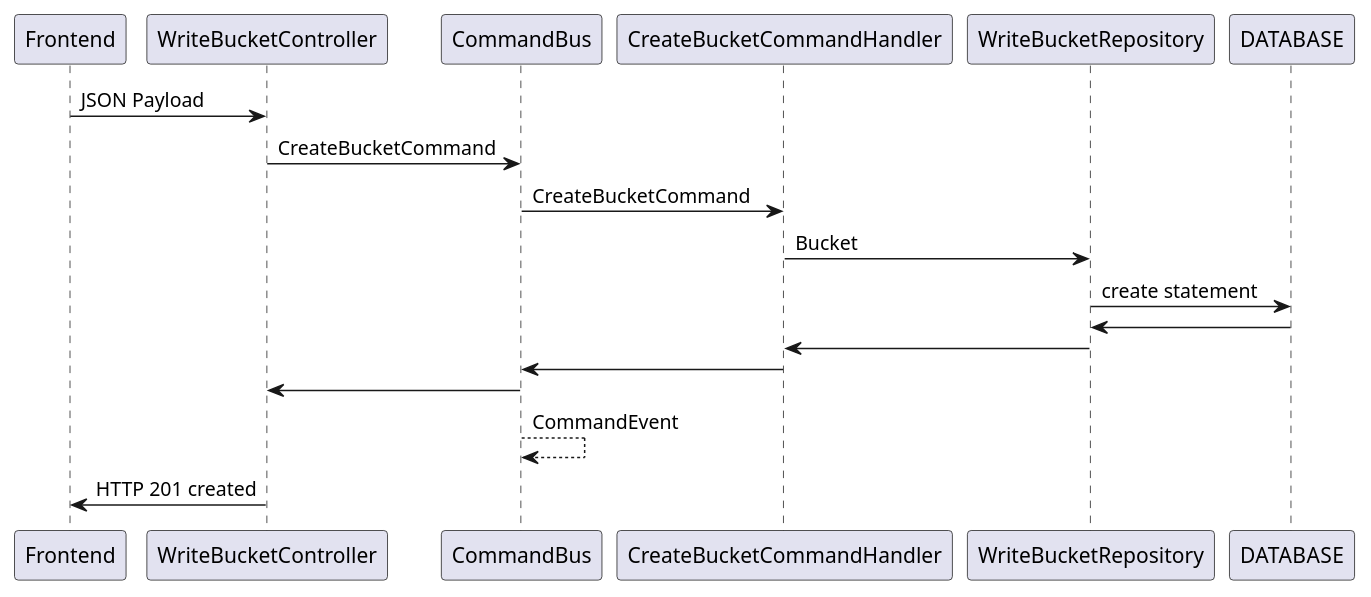
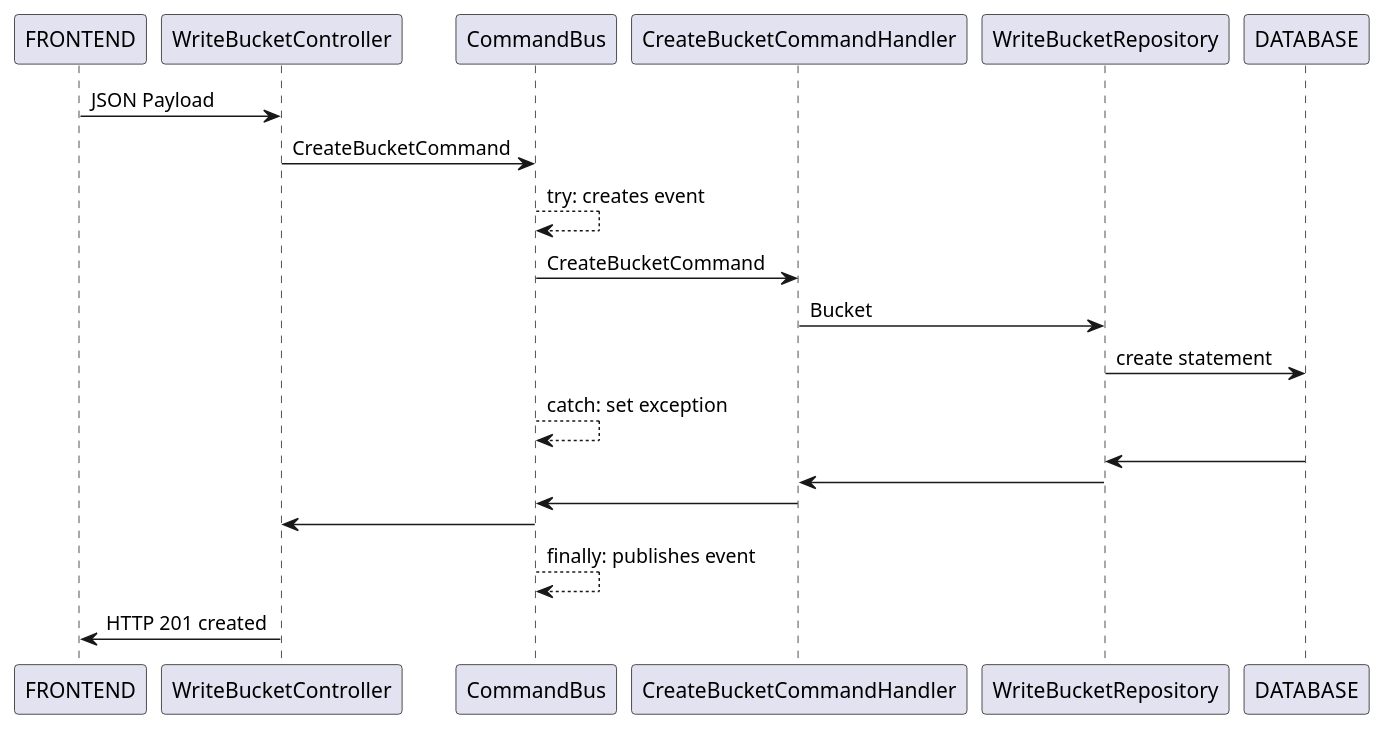
The diagram in 01-write-create-bucket-seq.puml (mariorez/kanban-board), drawn with PlantUML before and after one commit.

Commit message:
update sequencial diagram

```diff
--- a/01-write-create-bucket-seq.puml
+++ b/01-write-create-bucket-seq.puml
@@ -1,13 +1,15 @@
 @startuml
-Frontend -> WriteBucketController: JSON Payload
+FRONTEND -> WriteBucketController: JSON Payload
 WriteBucketController -> CommandBus: CreateBucketCommand
+CommandBus --> CommandBus: try: creates event
 CommandBus -> CreateBucketCommandHandler: CreateBucketCommand
 CreateBucketCommandHandler -> WriteBucketRepository: Bucket
 WriteBucketRepository -> DATABASE: create statement
+CommandBus --> CommandBus: catch: set exception
 DATABASE -> WriteBucketRepository
 WriteBucketRepository -> CreateBucketCommandHandler
 CreateBucketCommandHandler -> CommandBus
 CommandBus -> WriteBucketController
-CommandBus --> CommandBus: CommandEvent
-WriteBucketController -> Frontend: HTTP 201 created
+CommandBus --> CommandBus: finally: publishes event
+WriteBucketController -> FRONTEND: HTTP 201 created
 @enduml
```
